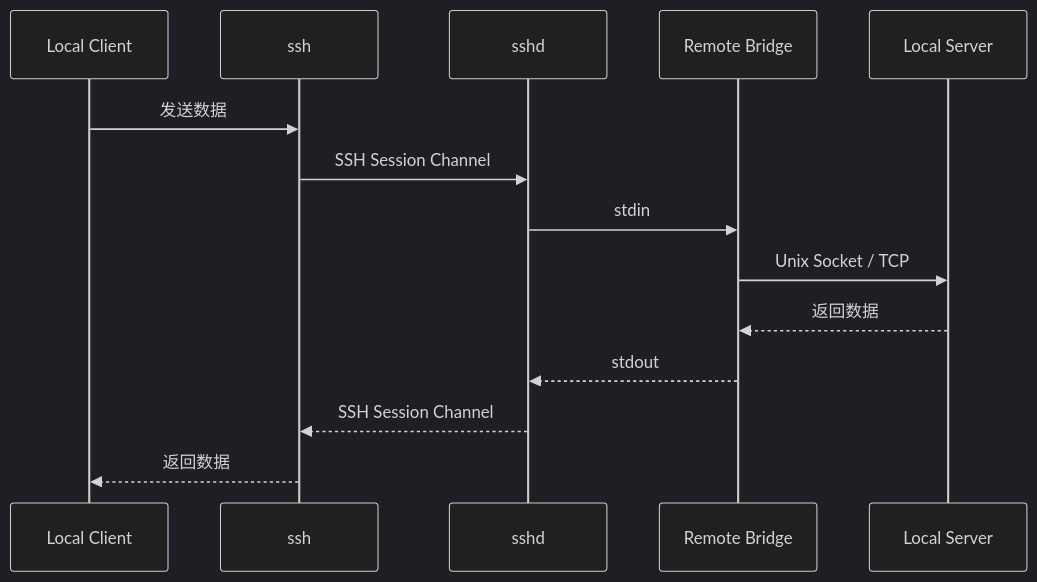
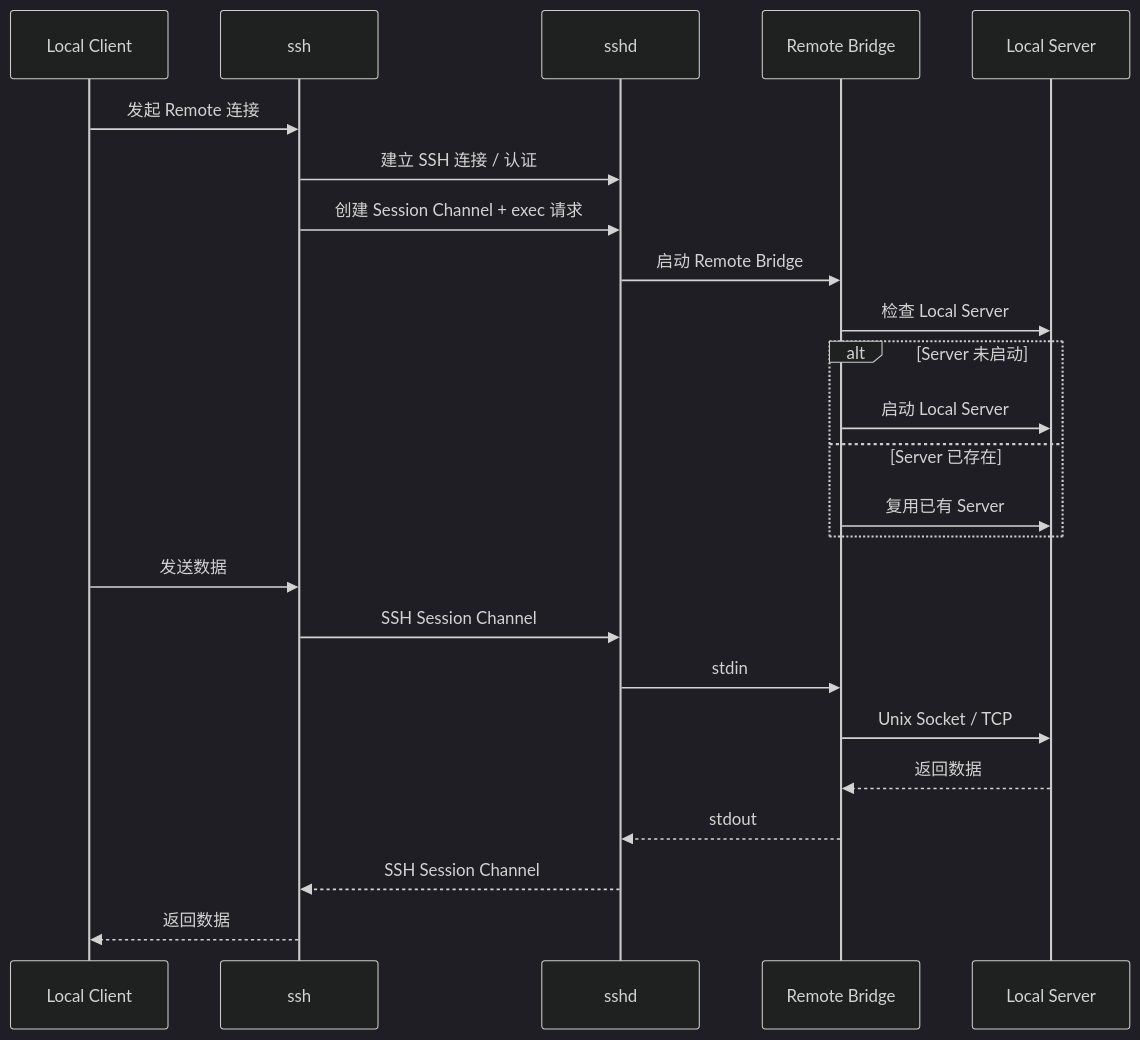
The diagram in linux/ssh-bridge.md (ai-12345678/ai-12345678.github.io), drawn with Mermaid (dark theme) before and after one commit.

Commit message:
docs: refine SSH bridge swimlane flow

````diff
--- a/linux/ssh-bridge.md
+++ b/linux/ssh-bridge.md
@@ -17,18 +17,30 @@
 ```mermaid
 sequenceDiagram
     participant Client as Local Client
     participant SSH as ssh
     participant SSHD as sshd
     participant Bridge as Remote Bridge
     participant Server as Local Server
+
+    Client->>SSH: 发起 Remote 连接
+    SSH->>SSHD: 建立 SSH 连接 / 认证
+    SSH->>SSHD: 创建 Session Channel + exec 请求
+    SSHD->>Bridge: 启动 Remote Bridge
+
+    Bridge->>Server: 检查 Local Server
+    alt Server 未启动
+        Bridge->>Server: 启动 Local Server
+    else Server 已存在
+        Bridge->>Server: 复用已有 Server
+    end
 
     Client->>SSH: 发送数据
     SSH->>SSHD: SSH Session Channel
     SSHD->>Bridge: stdin
     Bridge->>Server: Unix Socket / TCP
 
     Server-->>Bridge: 返回数据
     Bridge-->>SSHD: stdout
     SSHD-->>SSH: SSH Session Channel
     SSH-->>Client: 返回数据
 ```
````
